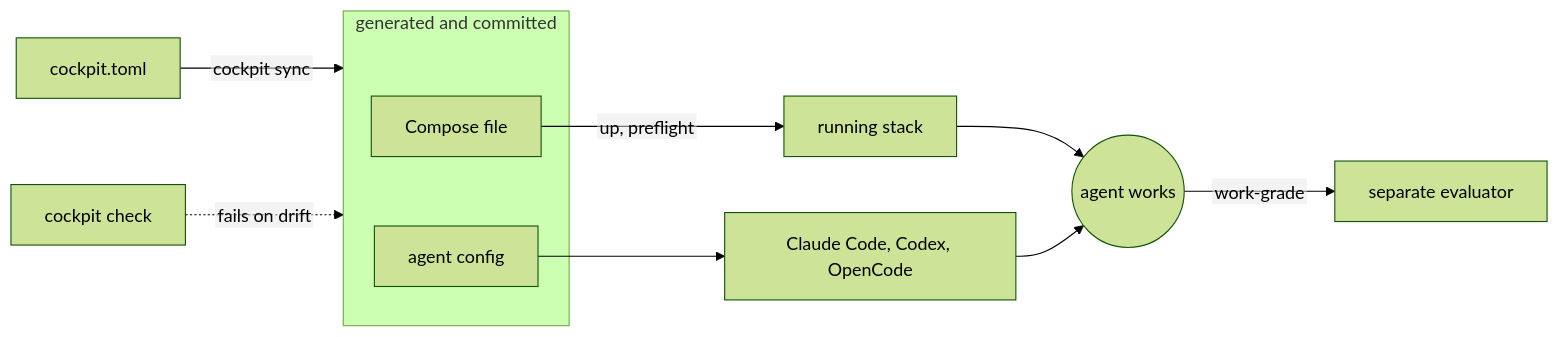
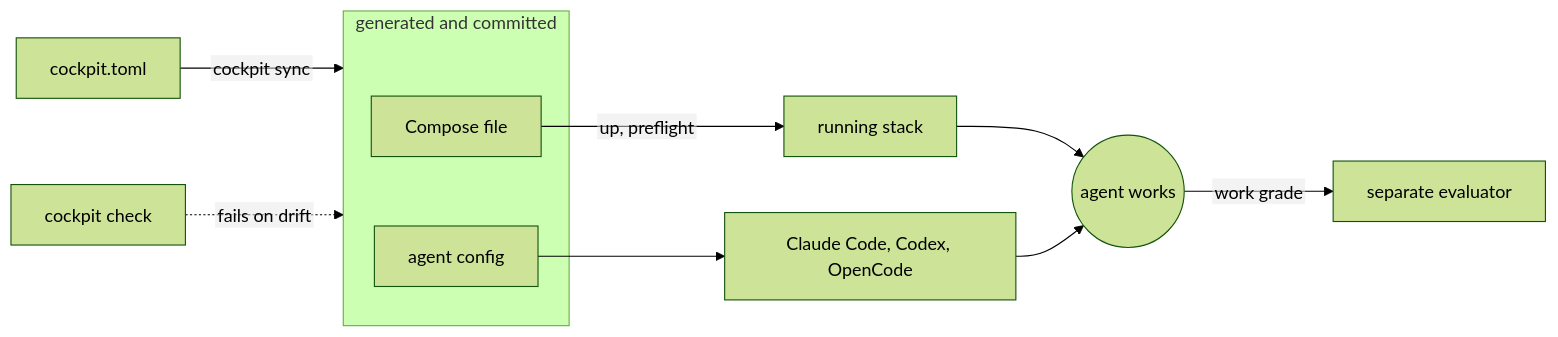
One commit to b0dea/cockpit changed the diagram in README.md. Above: the diagram before and after it, drawn with Mermaid (forest theme). The commit also changed other lines of this file and 28 other files, not shown here.

````diff
--- a/README.md
+++ b/README.md
@@ -50,15 +50,15 @@
 ```mermaid
 %%{init: {"flowchart": {"htmlLabels": false}}}%%
 flowchart LR
     toml["cockpit.toml"] -- "cockpit sync" --> files
     subgraph files["generated and committed"]
         compose["Compose file"]
         agents["agent config"]
     end
     check["cockpit check"] -. "fails on drift" .-> files
     compose -- "up, preflight" --> stack["running stack"]
     agents --> tools["Claude Code, Codex, OpenCode"]
     stack --> work(("agent works"))
     tools --> work
-    work -- "work-grade" --> grade["separate evaluator"]
+    work -- "work grade" --> grade["separate evaluator"]
 ```
````
